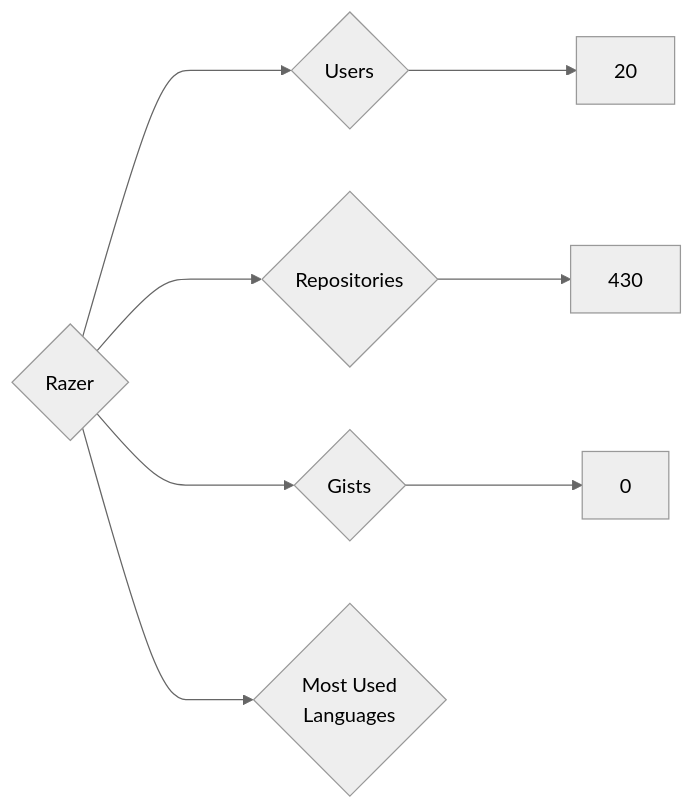
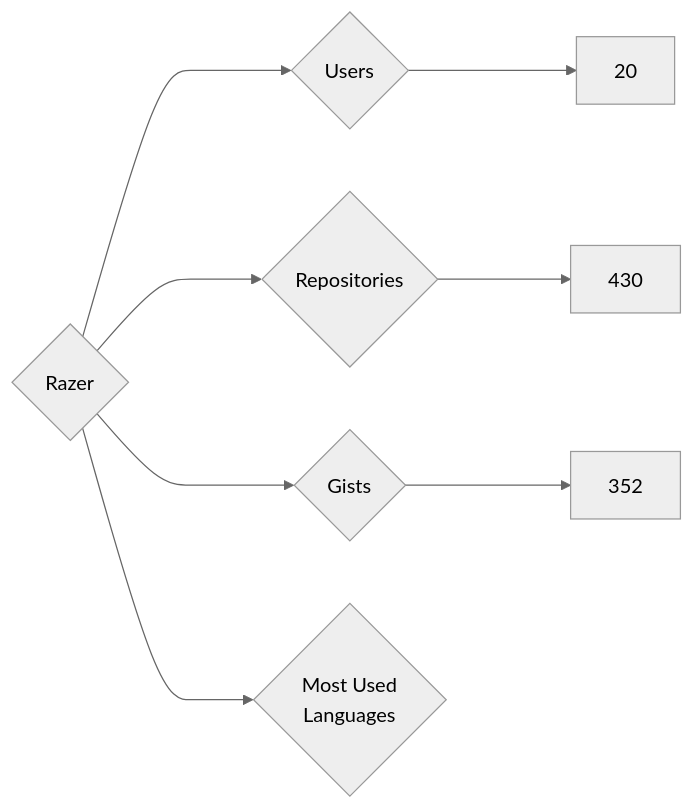
The diagram in targets/Razer/README.md (nenadzaric/insiders), drawn with Mermaid (neutral theme) before and after one commit. The commit also changed 1342 other files, not shown here.

````diff
--- a/targets/Razer/README.md
+++ b/targets/Razer/README.md
@@ -3,8 +3,8 @@
 ```mermaid
 graph LR
 COMPANY_NAME{Razer}
 COMPANY_NAME ---> U{Users} ---> UN[20]
 COMPANY_NAME ---> R{Repositories} ---> RN[430]
-COMPANY_NAME ---> G{Gists} ---> GN[0]
+COMPANY_NAME ---> G{Gists} ---> GN[352]
 COMPANY_NAME ---> ML{Most Used<br>Languages}
 ```
````
